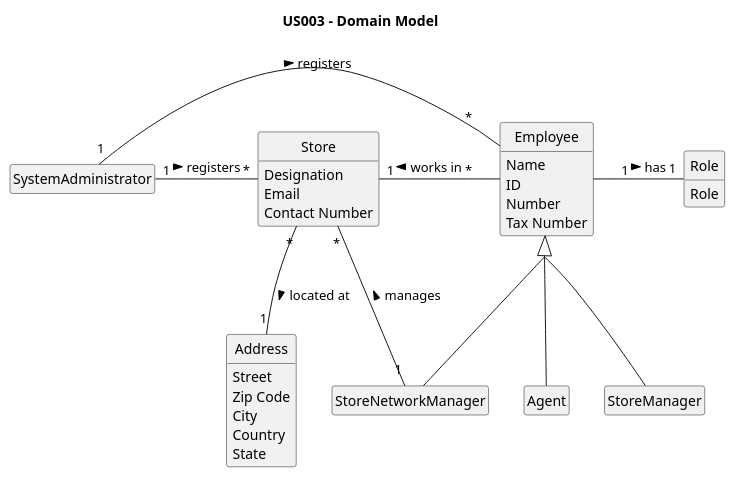
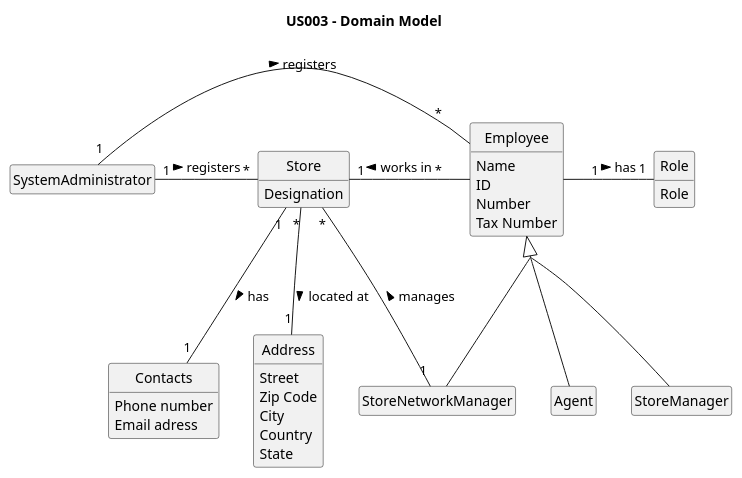
The diagram in docs/sprintA/US03/02.analysis/puml/us03-domain-model.puml (PureNimble/ISEP-LAPR2), drawn with PlantUML before and after one commit. The commit also changed 1 other file, not shown here.

Commit message:
Updating US03 domain model creating a contacts class

```diff
--- a/docs/sprintA/US03/02.analysis/puml/us03-domain-model.puml
+++ b/docs/sprintA/US03/02.analysis/puml/us03-domain-model.puml
@@ -1,77 +1,85 @@
 @startuml
 'https://plantuml.com/class-diagram
 
 title US003 - Domain Model
 
 skinparam monochrome true
 skinparam packageStyle rectangle
 skinparam shadowing false
 hide empty members
 skinparam groupInheritance 3
 hide circle
+
+class Contacts
 
 class SystemAdministrator
 
 class Employee
 
 class Role
 
 class SystemAdministrator
 
 class Agent
 
 class StoreManager
 
 class StoreNetworkManager
 
 class Store
 
 class Address
 
 class Role {
 Role
 }
 
 class Store {
 Designation
-Email
-Contact Number
+
 }
 
 class Address {
 Street
 Zip Code
 City
 Country
 State
 }
 
 class SystemAdministrator {
 }
 
 class Employee {
 Name
 ID
 Number
 Tax Number
 }
 
+class Contacts {
+Phone number
+Email adress
+}
+
 SystemAdministrator "1" - "*" Store : registers >
 
 Store "*" -- "1" Address : located at >
 
 Store "1" - "*" Employee : works in <
 
 SystemAdministrator "1" - "*" Employee : registers >
 
 Employee "1" - "1" Role : has >
 
 Employee <|--  StoreNetworkManager
 
 Employee <|--  StoreManager
 
 Employee <|-- Agent
 
 StoreNetworkManager "1" - "*" Store : manages >
 
+Store "1" -- "1" Contacts: has >
+
 @enduml
```
